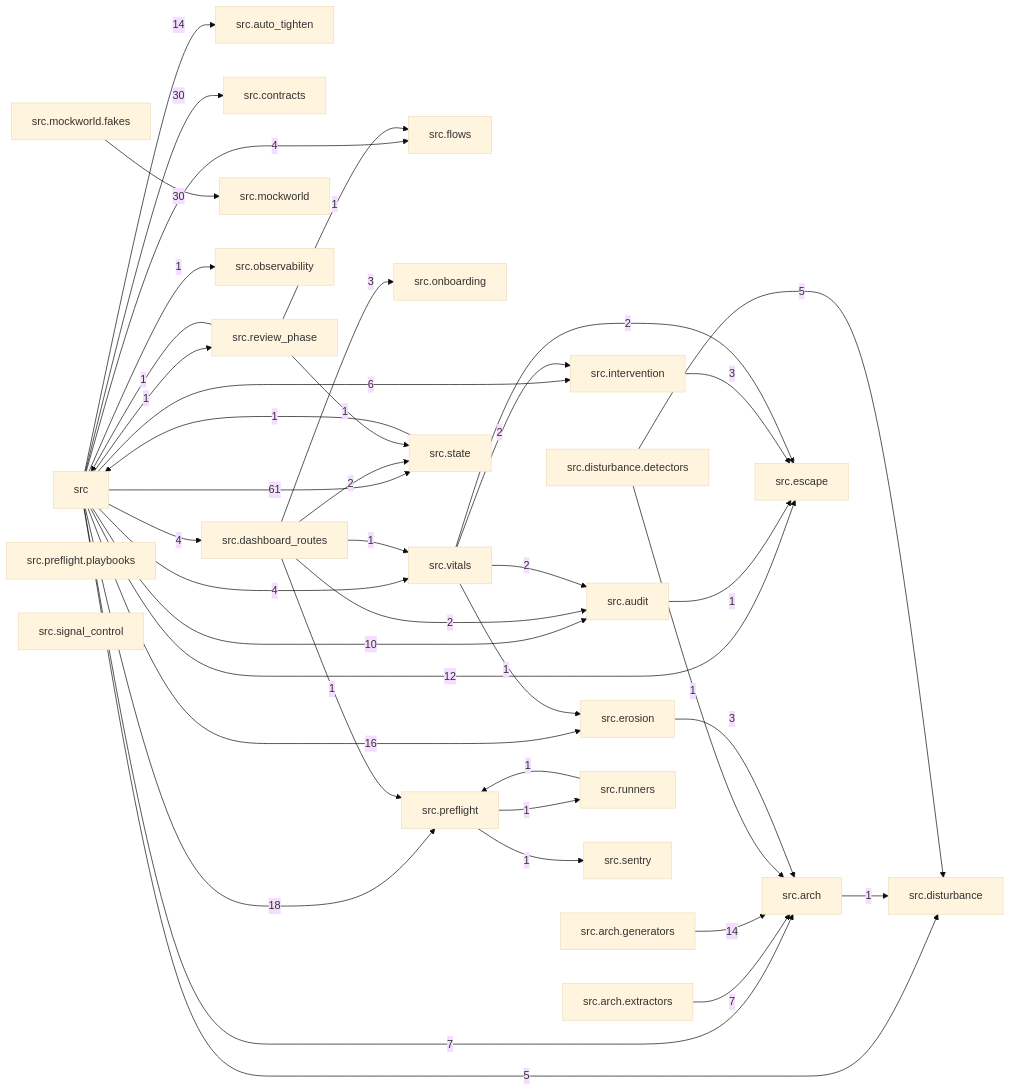
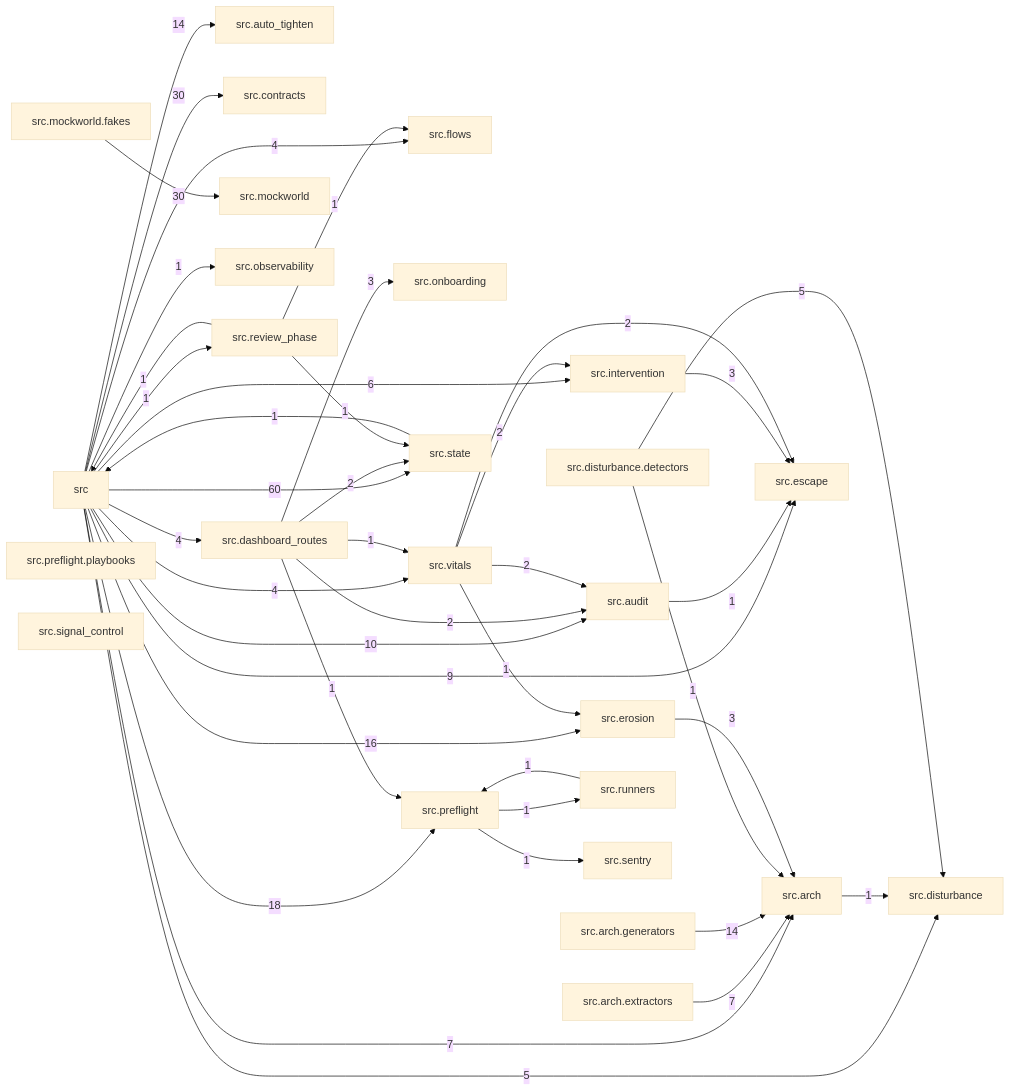
One commit to T-rav/hydraflow changed the diagram in docs/arch/generated/modules.md. Above: the diagram before and after it, drawn with Mermaid (base theme). The commit also changed 111 other files, not shown here.

````diff
--- a/docs/arch/generated/modules.md
+++ b/docs/arch/generated/modules.md
@@ -7,69 +7,69 @@
 ```mermaid
 graph LR
     src["src"]
     src_arch["src.arch"]
     src_arch_extractors["src.arch.extractors"]
     src_arch_generators["src.arch.generators"]
     src_audit["src.audit"]
     src_auto_tighten["src.auto_tighten"]
     src_contracts["src.contracts"]
     src_dashboard_routes["src.dashboard_routes"]
     src_disturbance["src.disturbance"]
     src_disturbance_detectors["src.disturbance.detectors"]
     src_erosion["src.erosion"]
     src_escape["src.escape"]
     src_flows["src.flows"]
     src_intervention["src.intervention"]
     src_mockworld["src.mockworld"]
     src_mockworld_fakes["src.mockworld.fakes"]
     src_observability["src.observability"]
     src_onboarding["src.onboarding"]
     src_preflight["src.preflight"]
     src_preflight_playbooks["src.preflight.playbooks"]
     src_review_phase["src.review_phase"]
     src_runners["src.runners"]
     src_sentry["src.sentry"]
     src_signal_control["src.signal_control"]
     src_state["src.state"]
     src_vitals["src.vitals"]
     src -- "7" --> src_arch
     src -- "10" --> src_audit
     src -- "14" --> src_auto_tighten
     src -- "30" --> src_contracts
     src -- "4" --> src_dashboard_routes
     src -- "5" --> src_disturbance
     src -- "16" --> src_erosion
-    src -- "12" --> src_escape
+    src -- "9" --> src_escape
     src -- "4" --> src_flows
     src -- "6" --> src_intervention
     src -- "1" --> src_observability
     src -- "18" --> src_preflight
     src -- "1" --> src_review_phase
-    src -- "61" --> src_state
+    src -- "60" --> src_state
     src -- "4" --> src_vitals
     src_arch -- "1" --> src_disturbance
     src_arch_extractors -- "7" --> src_arch
     src_arch_generators -- "14" --> src_arch
     src_audit -- "1" --> src_escape
     src_dashboard_routes -- "2" --> src_audit
     src_dashboard_routes -- "3" --> src_onboarding
     src_dashboard_routes -- "1" --> src_preflight
     src_dashboard_routes -- "2" --> src_state
     src_dashboard_routes -- "1" --> src_vitals
     src_disturbance_detectors -- "1" --> src_arch
     src_disturbance_detectors -- "5" --> src_disturbance
     src_erosion -- "3" --> src_arch
     src_intervention -- "3" --> src_escape
     src_mockworld_fakes -- "30" --> src_mockworld
     src_preflight -- "1" --> src_runners
     src_preflight -- "1" --> src_sentry
     src_review_phase -- "1" --> src
     src_review_phase -- "1" --> src_flows
     src_review_phase -- "1" --> src_state
     src_runners -- "1" --> src_preflight
     src_state -- "1" --> src
     src_vitals -- "2" --> src_audit
     src_vitals -- "1" --> src_erosion
     src_vitals -- "2" --> src_escape
     src_vitals -- "2" --> src_intervention
 ```
````
